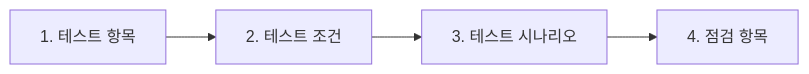
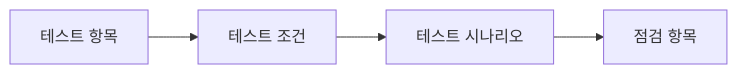
Before and after one commit to boy672820/hhplus-server-concert: the first of 6 diagrams in docs/performance.md, drawn with Mermaid. The commit also changed other lines of this file, not shown here.

Commit message:
mermaid 에러 수정

````diff
--- a/docs/performance.md
+++ b/docs/performance.md
@@ -40,5 +40,5 @@
 ```mermaid
 flowchart LR
 
-targets[1. 테스트 항목]-->conditions[2. 테스트 조건]-->scenarios[3. 테스트 시나리오]-->checks[4. 점검 항목]
+targets[테스트 항목]-->conditions[테스트 조건]-->scenarios[테스트 시나리오]-->checks[점검 항목]
 ```
````
